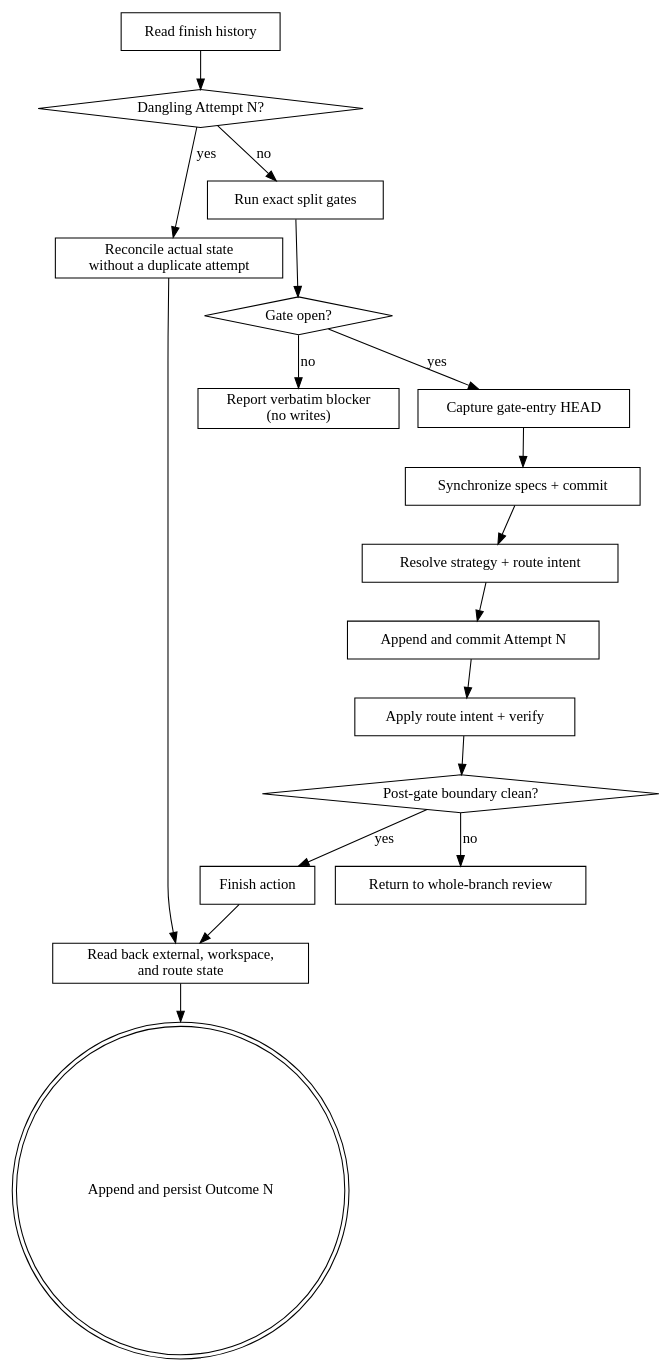
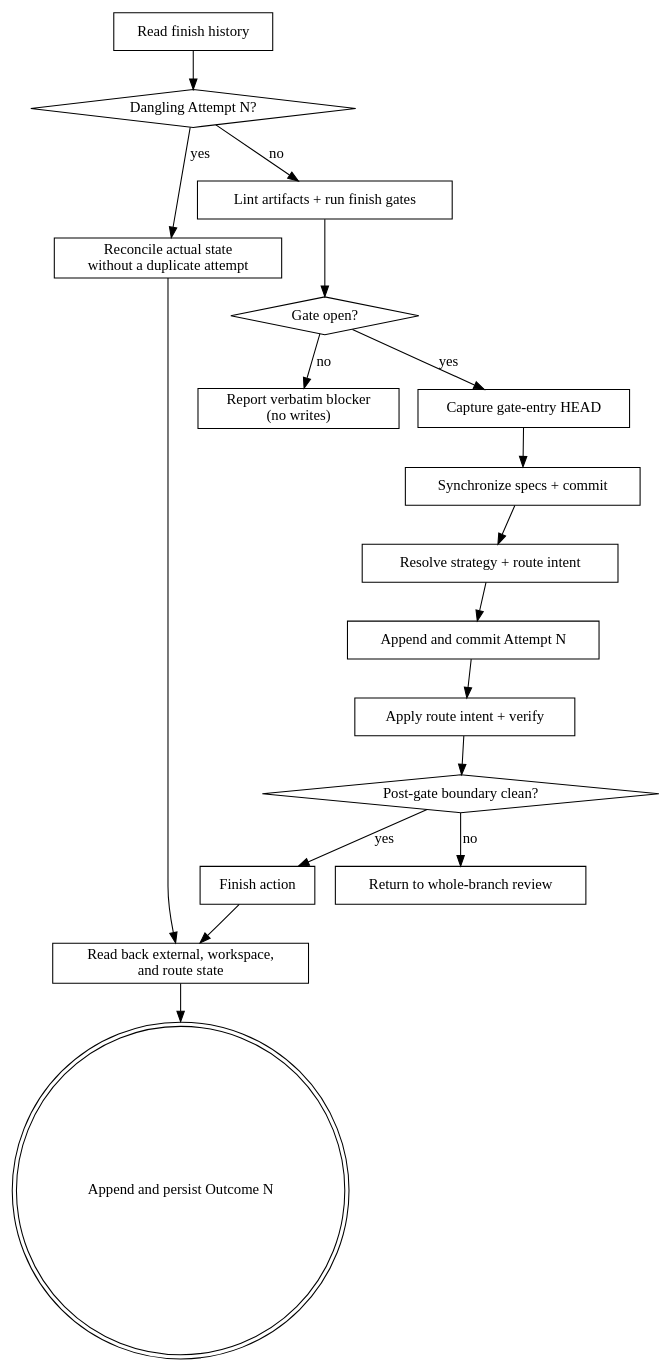
One commit to caiorcferreira/hamilton changed the diagram in skills/kepler-finish-work/SKILL.md. Above: the diagram before and after it, drawn with Graphviz. The commit also changed other lines of this file and 31 other files, not shown here.

````diff
--- a/skills/kepler-finish-work/SKILL.md
+++ b/skills/kepler-finish-work/SKILL.md
@@ -339,37 +343,37 @@
 ```dot
 digraph kepler_finish_work {
     "Read finish history" [shape=box];
     "Dangling Attempt N?" [shape=diamond];
     "Reconcile actual state\nwithout a duplicate attempt" [shape=box];
-    "Run exact split gates" [shape=box];
+    "Lint artifacts + run finish gates" [shape=box];
     "Gate open?" [shape=diamond];
     "Report verbatim blocker\n(no writes)" [shape=box];
     "Capture gate-entry HEAD" [shape=box];
     "Synchronize specs + commit" [shape=box];
     "Resolve strategy + route intent" [shape=box];
     "Append and commit Attempt N" [shape=box];
     "Apply route intent + verify" [shape=box];
     "Post-gate boundary clean?" [shape=diamond];
     "Finish action" [shape=box];
     "Read back external, workspace,\nand route state" [shape=box];
     "Append and persist Outcome N" [shape=doublecircle];
     "Return to whole-branch review" [shape=box];
 
     "Read finish history" -> "Dangling Attempt N?";
     "Dangling Attempt N?" -> "Reconcile actual state\nwithout a duplicate attempt" [label="yes"];
-    "Dangling Attempt N?" -> "Run exact split gates" [label="no"];
-    "Run exact split gates" -> "Gate open?";
+    "Dangling Attempt N?" -> "Lint artifacts + run finish gates" [label="no"];
+    "Lint artifacts + run finish gates" -> "Gate open?";
     "Gate open?" -> "Report verbatim blocker\n(no writes)" [label="no"];
     "Gate open?" -> "Capture gate-entry HEAD" [label="yes"];
     "Capture gate-entry HEAD" -> "Synchronize specs + commit";
     "Synchronize specs + commit" -> "Resolve strategy + route intent";
     "Resolve strategy + route intent" -> "Append and commit Attempt N";
     "Append and commit Attempt N" -> "Apply route intent + verify";
     "Apply route intent + verify" -> "Post-gate boundary clean?";
     "Post-gate boundary clean?" -> "Return to whole-branch review" [label="no"];
     "Post-gate boundary clean?" -> "Finish action" [label="yes"];
     "Finish action" -> "Read back external, workspace,\nand route state";
     "Read back external, workspace,\nand route state" -> "Append and persist Outcome N";
     "Reconcile actual state\nwithout a duplicate attempt" -> "Read back external, workspace,\nand route state";
 }
 ```
````
